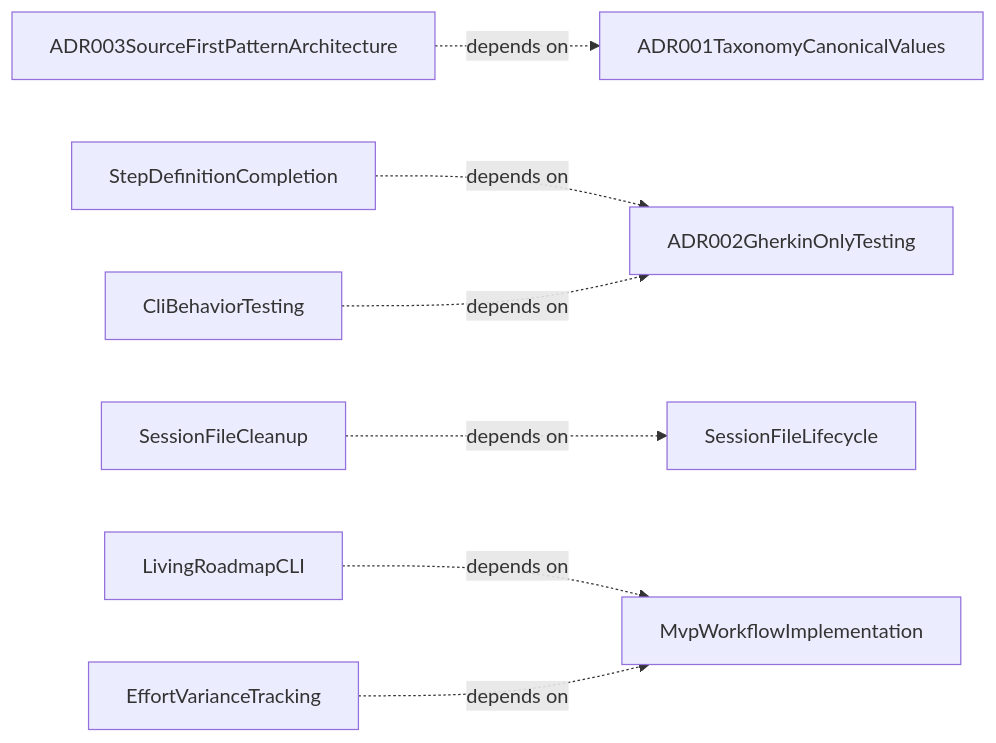
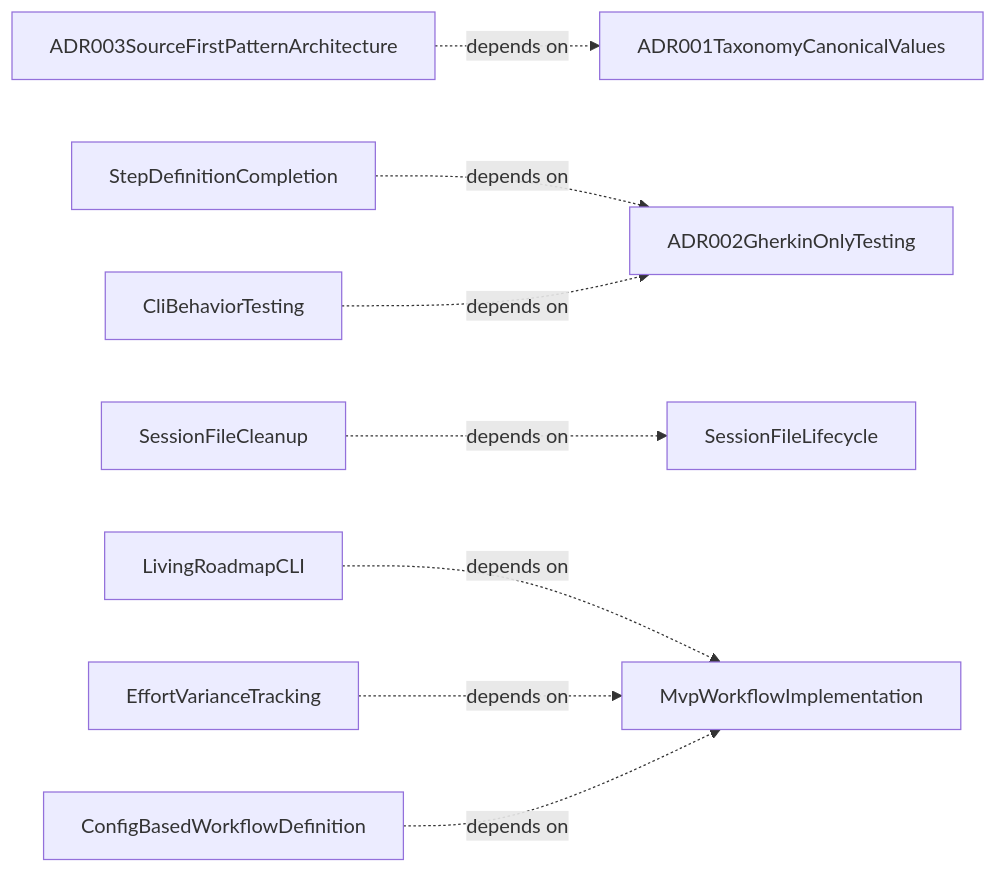
One commit to libar-dev/architect changed the second of 2 diagrams in docs-live/product-areas/PROCESS.md. Above: the diagram before and after it, drawn with Mermaid. The commit also changed other lines of this file and 35 other files, not shown here.

Commit message:
Prepare configuration based workflow for implementation

````diff
--- a/docs-live/product-areas/PROCESS.md
+++ b/docs-live/product-areas/PROCESS.md
@@ -158,19 +158,21 @@
 ```mermaid
 graph LR
     ADR003SourceFirstPatternArchitecture["ADR003SourceFirstPatternArchitecture"]
     ADR002GherkinOnlyTesting["ADR002GherkinOnlyTesting"]
     ADR001TaxonomyCanonicalValues["ADR001TaxonomyCanonicalValues"]
     StepDefinitionCompletion["StepDefinitionCompletion"]
     SessionFileCleanup["SessionFileCleanup"]
     MvpWorkflowImplementation["MvpWorkflowImplementation"]
     LivingRoadmapCLI["LivingRoadmapCLI"]
     EffortVarianceTracking["EffortVarianceTracking"]
+    ConfigBasedWorkflowDefinition["ConfigBasedWorkflowDefinition"]
     CliBehaviorTesting["CliBehaviorTesting"]
     SessionFileLifecycle["SessionFileLifecycle"]
     ADR003SourceFirstPatternArchitecture -.->|depends on| ADR001TaxonomyCanonicalValues
     StepDefinitionCompletion -.->|depends on| ADR002GherkinOnlyTesting
     SessionFileCleanup -.->|depends on| SessionFileLifecycle
     LivingRoadmapCLI -.->|depends on| MvpWorkflowImplementation
     EffortVarianceTracking -.->|depends on| MvpWorkflowImplementation
+    ConfigBasedWorkflowDefinition -.->|depends on| MvpWorkflowImplementation
     CliBehaviorTesting -.->|depends on| ADR002GherkinOnlyTesting
 ```
````
